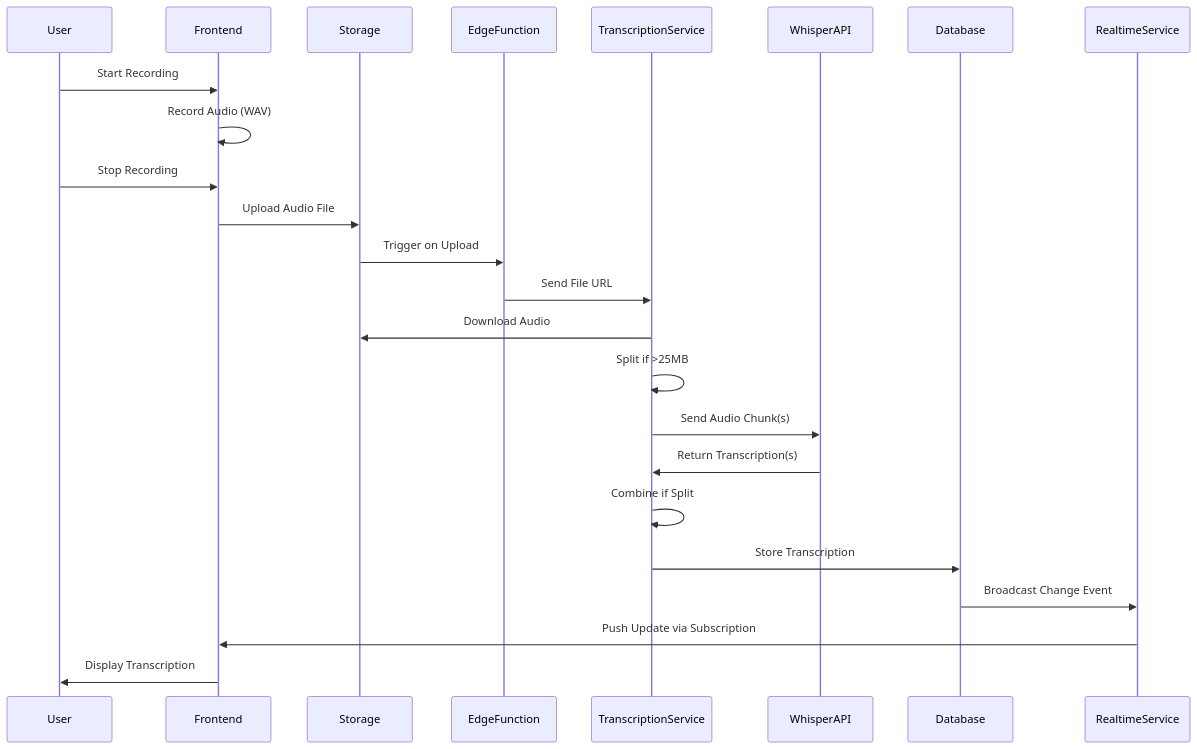
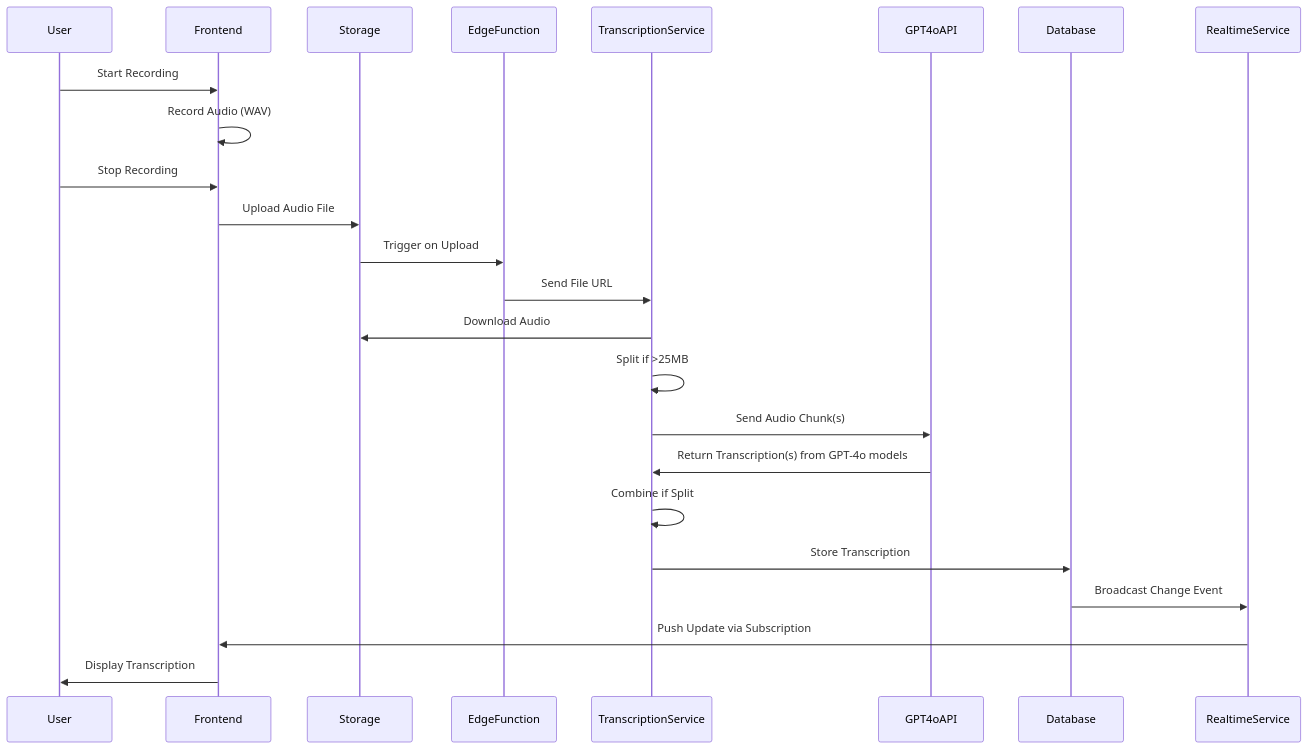
Before and after one commit to pidub-step/psynotes: the second of 2 diagrams in memory-bank/systemPatterns.md, drawn with Mermaid. The commit also changed other lines of this file and 6 other files, not shown here.

Commit message:
Update memory bank files to reference GPT-4o Transcribe models instead of Whisper API

````diff
--- a/memory-bank/systemPatterns.md
+++ b/memory-bank/systemPatterns.md
@@ -103,27 +104,27 @@
 ```mermaid
 sequenceDiagram
     participant User
     participant Frontend
     participant Storage
     participant EdgeFunction
     participant TranscriptionService
-    participant WhisperAPI
+    participant GPT4oAPI
     participant Database
     participant RealtimeService
     
     User->>Frontend: Start Recording
     Frontend->>Frontend: Record Audio (WAV)
     User->>Frontend: Stop Recording
     Frontend->>Storage: Upload Audio File
     Storage->>EdgeFunction: Trigger on Upload
     EdgeFunction->>TranscriptionService: Send File URL
     TranscriptionService->>Storage: Download Audio
     TranscriptionService->>TranscriptionService: Split if >25MB
-    TranscriptionService->>WhisperAPI: Send Audio Chunk(s)
-    WhisperAPI->>TranscriptionService: Return Transcription(s)
+    TranscriptionService->>GPT4oAPI: Send Audio Chunk(s)
+    GPT4oAPI->>TranscriptionService: Return Transcription(s) from GPT-4o models
     TranscriptionService->>TranscriptionService: Combine if Split
     TranscriptionService->>Database: Store Transcription
     Database->>RealtimeService: Broadcast Change Event
     RealtimeService->>Frontend: Push Update via Subscription
     Frontend->>User: Display Transcription
 ```
````
